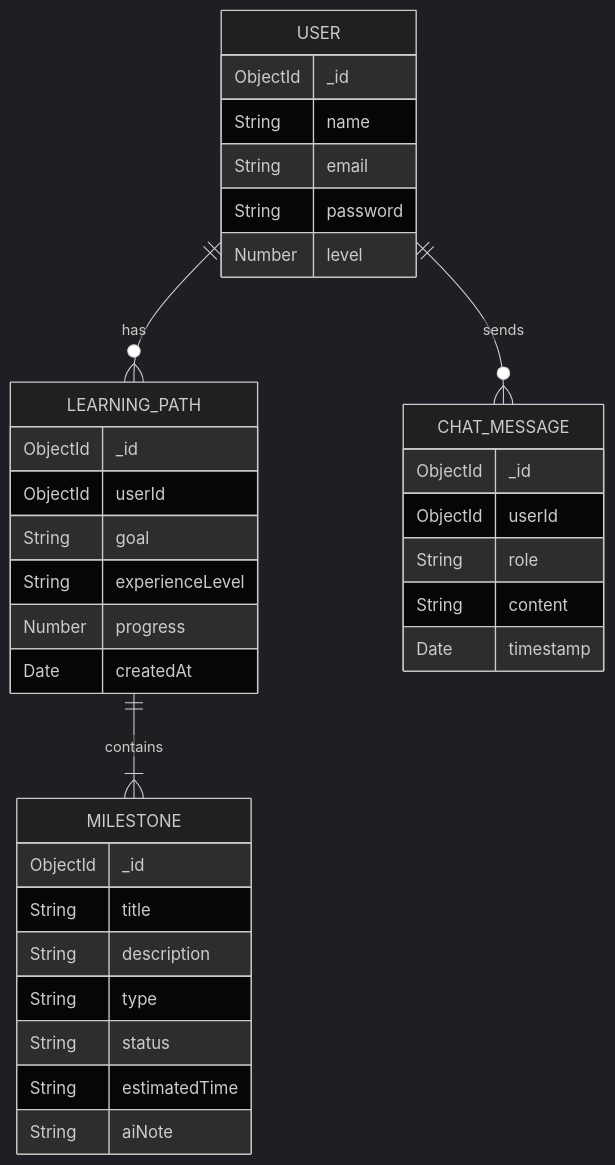
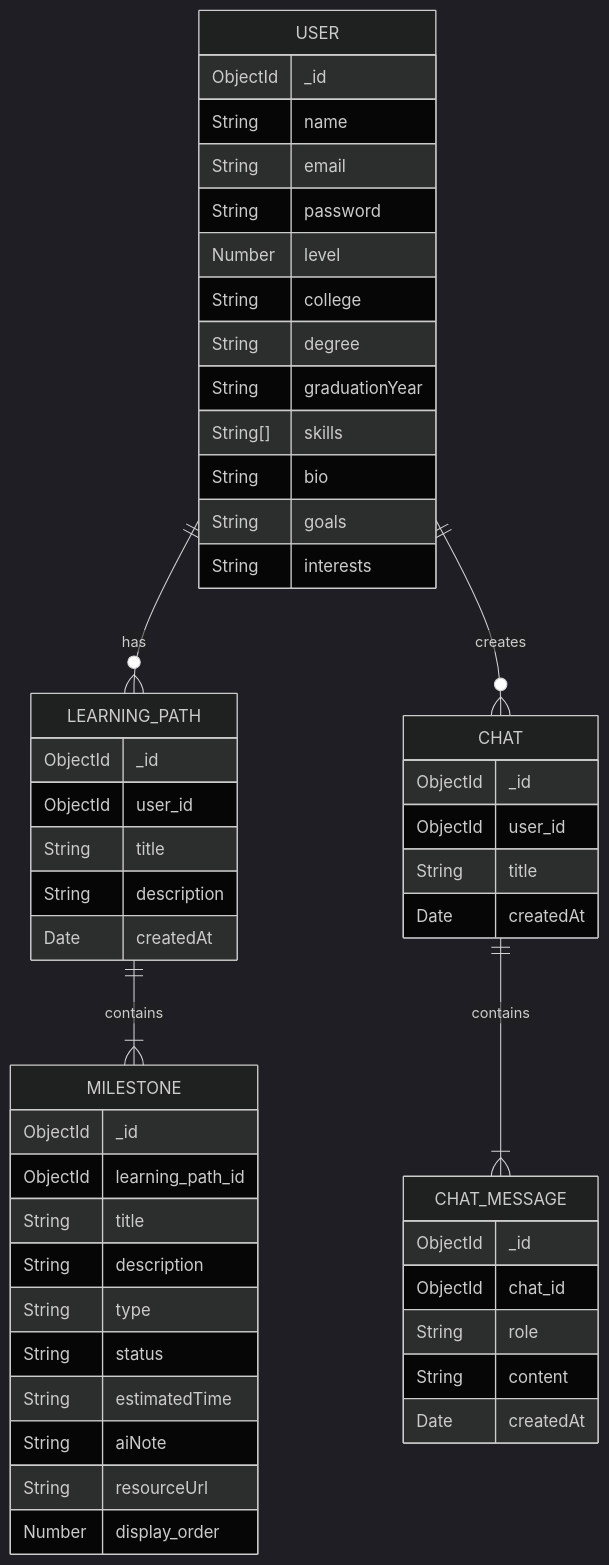
The seventh of 7 diagrams in README.md (krrish-cypto/learnsync-ai), drawn with Mermaid (dark theme) before and after one commit. The commit also changed other lines of this file, not shown here.

````diff
--- a/README.md
+++ b/README.md
@@ -250,38 +317,54 @@
 ```mermaid
 erDiagram
     USER ||--o{ LEARNING_PATH : has
-    USER ||--o{ CHAT_MESSAGE : sends
+    USER ||--o{ CHAT : creates
+    CHAT ||--|{ CHAT_MESSAGE : contains
     LEARNING_PATH ||--|{ MILESTONE : contains
 
     USER {
         ObjectId _id
         String name
         String email
         String password
         Number level
+        String college
+        String degree
+        String graduationYear
+        String[] skills
+        String bio
+        String goals
+        String interests
     }
     LEARNING_PATH {
         ObjectId _id
-        ObjectId userId
-        String goal
-        String experienceLevel
-        Number progress
+        ObjectId user_id
+        String title
+        String description
         Date createdAt
     }
     MILESTONE {
         ObjectId _id
+        ObjectId learning_path_id
         String title
         String description
         String type
         String status
         String estimatedTime
         String aiNote
+        String resourceUrl
+        Number display_order
+    }
+    CHAT {
+        ObjectId _id
+        ObjectId user_id
+        String title
+        Date createdAt
     }
     CHAT_MESSAGE {
         ObjectId _id
-        ObjectId userId
+        ObjectId chat_id
         String role
         String content
-        Date timestamp
+        Date createdAt
     }
 ```
````
